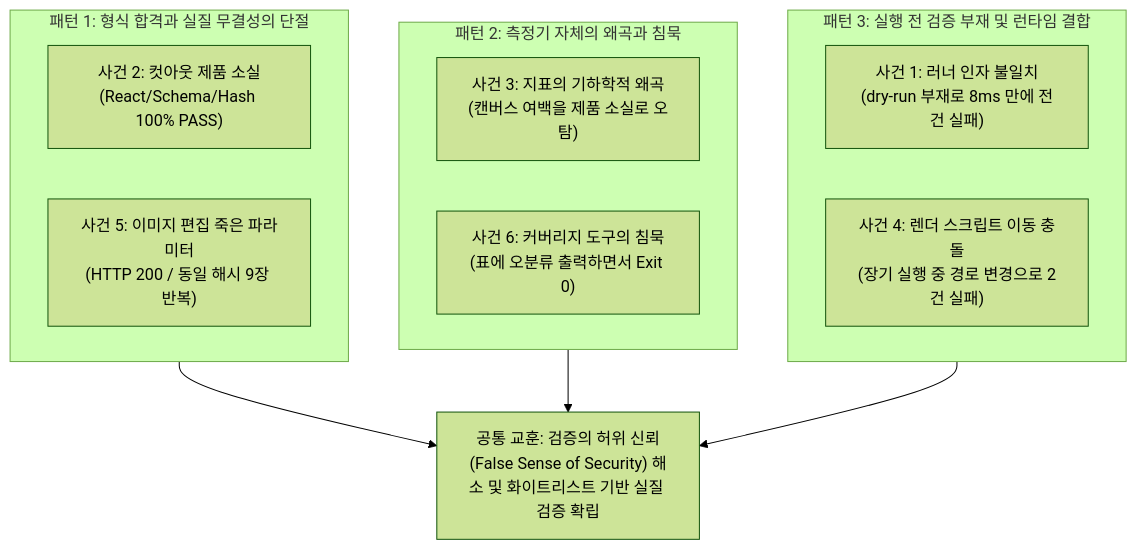
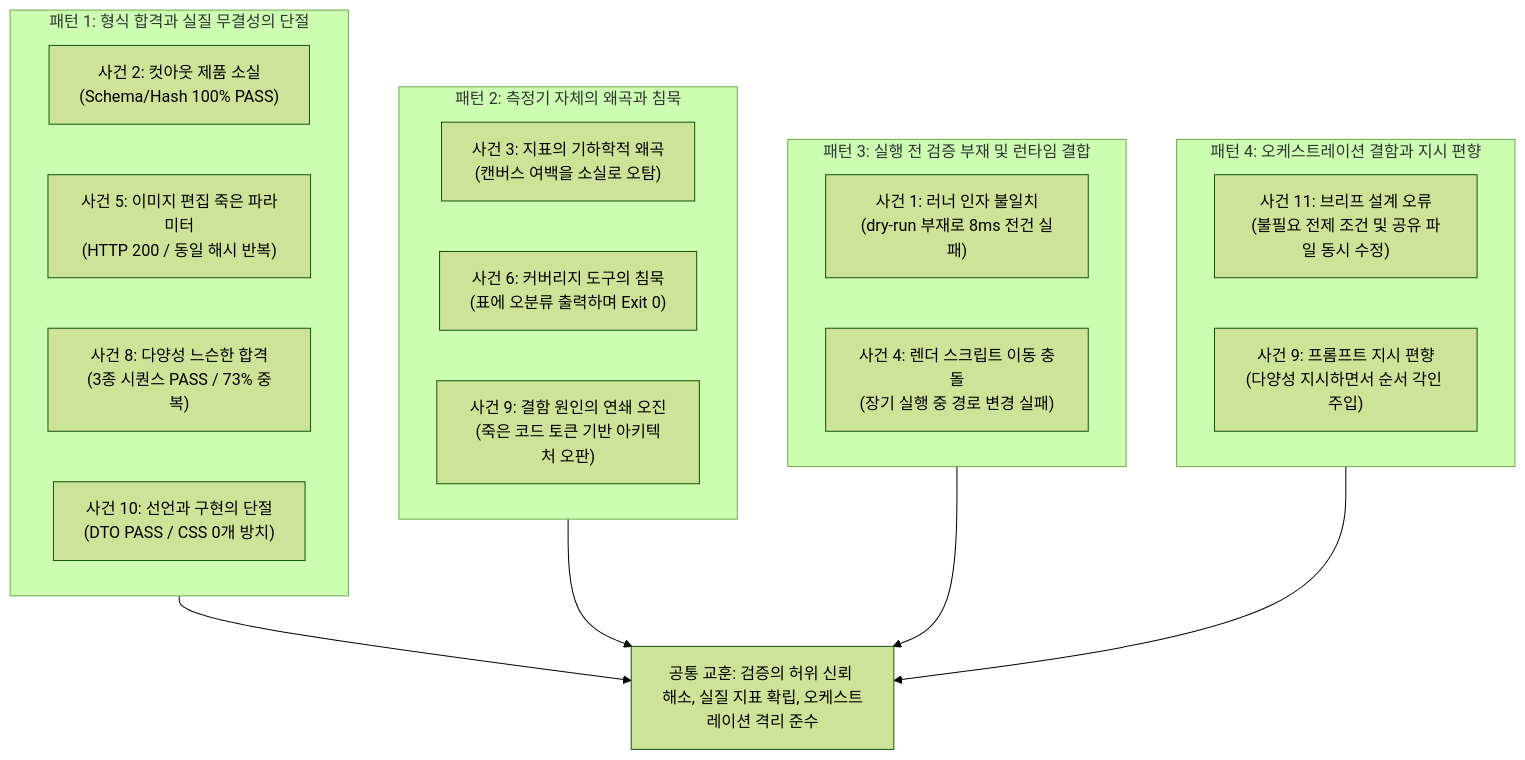
The diagram in docs/deliverables/02-error-analysis.md (sigjm/page-generation), drawn with Mermaid (forest theme) before and after one commit. The commit also changed other lines of this file and 5 other files, not shown here.

````diff
--- a/docs/deliverables/02-error-analysis.md
+++ b/docs/deliverables/02-error-analysis.md
@@ -298,21 +423,30 @@
 ```mermaid
 flowchart TD
     subgraph P1["패턴 1: 형식 합격과 실질 무결성의 단절"]
-        E2["사건 2: 컷아웃 제품 소실<br>(React/Schema/Hash 100% PASS)"]
-        E5["사건 5: 이미지 편집 죽은 파라미터<br>(HTTP 200 / 동일 해시 9장 반복)"]
+        E2["사건 2: 컷아웃 제품 소실<br>(Schema/Hash 100% PASS)"]
+        E5["사건 5: 이미지 편집 죽은 파라미터<br>(HTTP 200 / 동일 해시 반복)"]
+        E8["사건 8: 다양성 느슨한 합격<br>(3종 시퀀스 PASS / 73% 중복)"]
+        E10["사건 10: 선언과 구현의 단절<br>(DTO PASS / CSS 0개 방치)"]
     end
 
     subgraph P2["패턴 2: 측정기 자체의 왜곡과 침묵"]
-        E3["사건 3: 지표의 기하학적 왜곡<br>(캔버스 여백을 제품 소실로 오탐)"]
-        E6["사건 6: 커버리지 도구의 침묵<br>(표에 오분류 출력하면서 Exit 0)"]
+        E3["사건 3: 지표의 기하학적 왜곡<br>(캔버스 여백을 소실로 오탐)"]
+        E6["사건 6: 커버리지 도구의 침묵<br>(표에 오분류 출력하며 Exit 0)"]
+        E9["사건 9: 결함 원인의 연쇄 오진<br>(죽은 코드 토큰 기반 아키텍처 오판)"]
     end
 
     subgraph P3["패턴 3: 실행 전 검증 부재 및 런타임 결합"]
-        E1["사건 1: 러너 인자 불일치<br>(dry-run 부재로 8ms 만에 전건 실패)"]
-        E4["사건 4: 렌더 스크립트 이동 충돌<br>(장기 실행 중 경로 변경으로 2건 실패)"]
+        E1["사건 1: 러너 인자 불일치<br>(dry-run 부재로 8ms 전건 실패)"]
+        E4["사건 4: 렌더 스크립트 이동 충돌<br>(장기 실행 중 경로 변경 실패)"]
     end
 
-    P1 --> SYS["공통 교훈: 검증의 허위 신뢰(False Sense of Security) 해소 및 화이트리스트 기반 실질 검증 확립"]
+    subgraph P4["패턴 4: 오케스트레이션 결함과 지시 편향"]
+        E11["사건 11: 브리프 설계 오류<br>(불필요 전제 조건 및 공유 파일 동시 수정)"]
+        E9_P["사건 9: 프롬프트 지시 편향<br>(다양성 지시하면서 순서 각인 주입)"]
+    end
+
+    P1 --> SYS["공통 교훈: 검증의 허위 신뢰 해소, 실질 지표 확립, 오케스트레이션 격리 준수"]
     P2 --> SYS
     P3 --> SYS
+    P4 --> SYS
 ```
````
